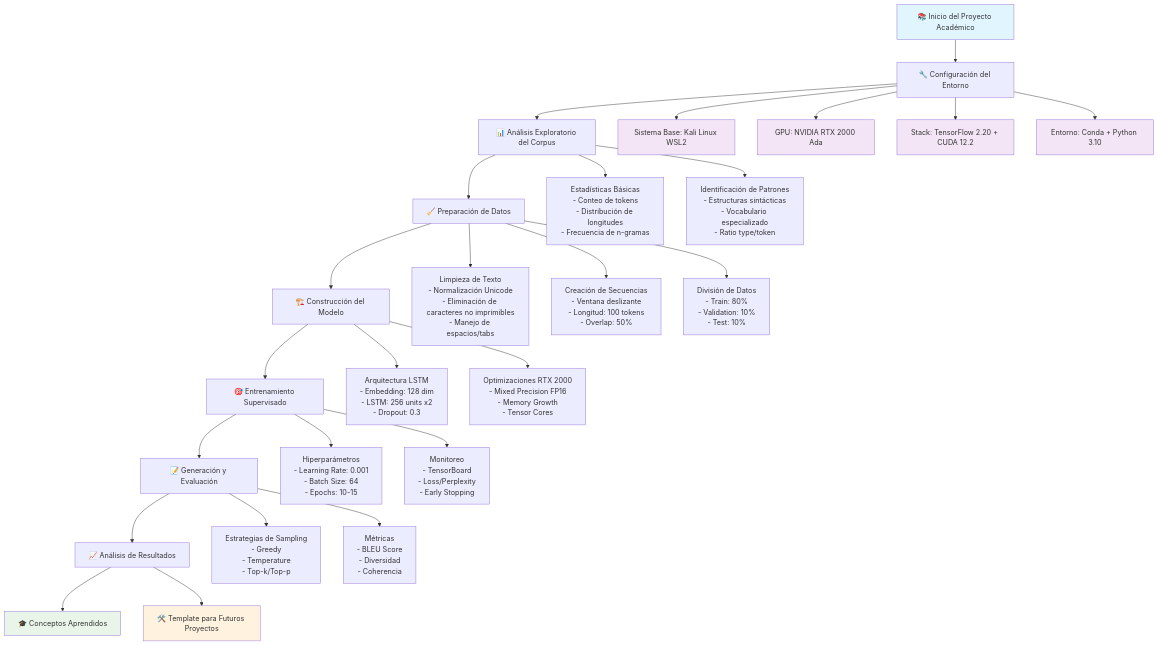
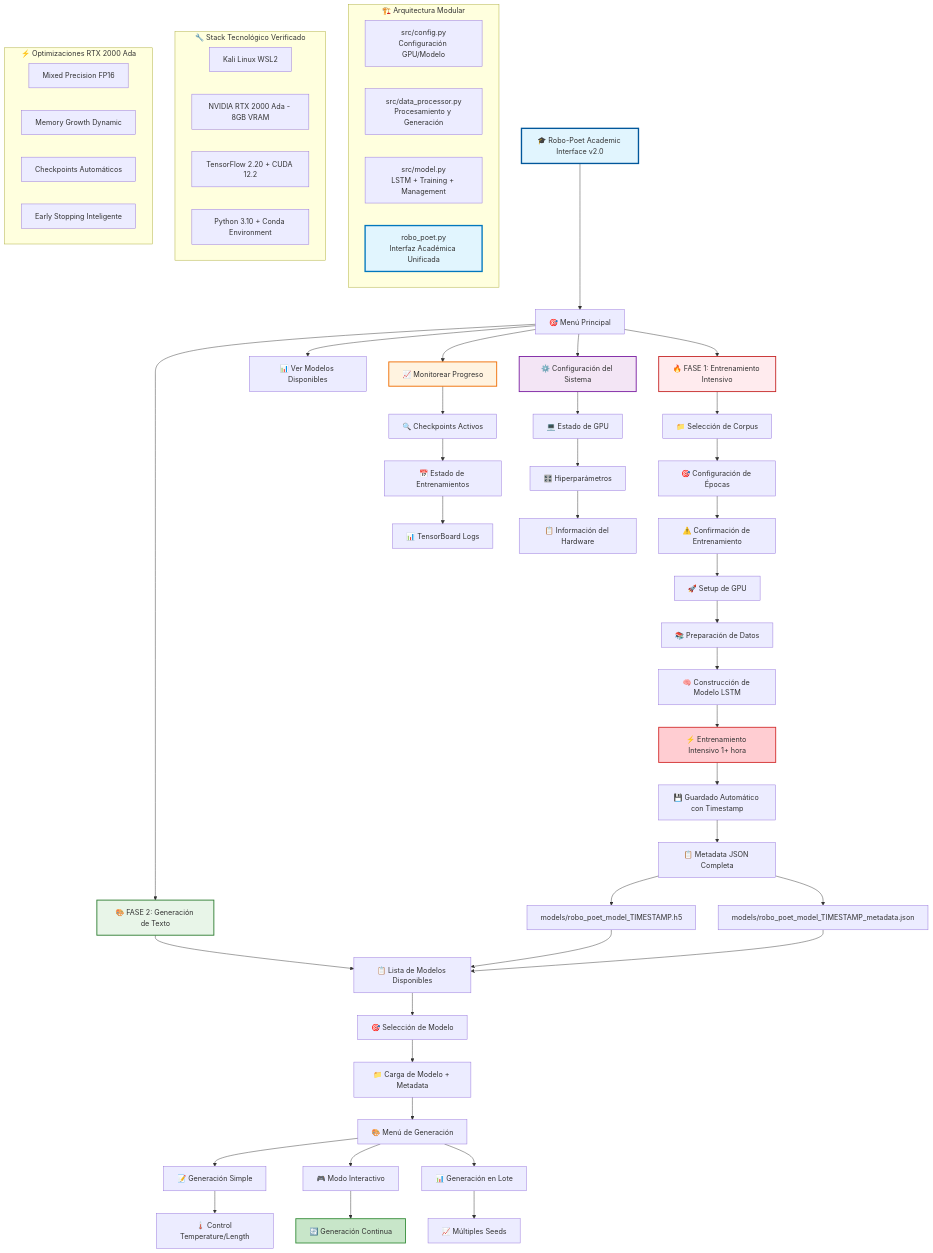
Before and after one commit to BernardUriza/Robo-Poet: the diagram in readme.md, drawn with Mermaid. The commit also changed other lines of this file and 3 other files, not shown here.

First line of the commit message:
🎓 Robo-Poet v2.0: Interfaz Académica Unificada

````diff
--- a/readme.md
+++ b/readme.md
@@ -22,42 +29,85 @@
 ```mermaid
 flowchart TD
-    A[📚 Inicio del Proyecto Académico] --> B[🔧 Configuración del Entorno]
-    B --> C[📊 Análisis Exploratorio del Corpus]
-    C --> D[🧹 Preparación de Datos]
-    D --> E[🏗️ Construcción del Modelo]
-    E --> F[🎯 Entrenamiento Supervisado]
-    F --> G[📝 Generación y Evaluación]
-    G --> H[📈 Análisis de Resultados]
+    A[🎓 Robo-Poet Academic Interface v2.0] --> B[🎯 Menú Principal]
     
-    B --> B1[Sistema Base: Kali Linux WSL2]
-    B --> B2[GPU: NVIDIA RTX 2000 Ada]
-    B --> B3[Stack: TensorFlow 2.20 + CUDA 12.2]
-    B --> B4[Entorno: Conda + Python 3.10]
+    B --> C[🔥 FASE 1: Entrenamiento Intensivo]
+    B --> D[🎨 FASE 2: Generación de Texto]
+    B --> E[📊 Ver Modelos Disponibles]
+    B --> F[📈 Monitorear Progreso]
+    B --> G[⚙️ Configuración del Sistema]
     
-    C --> C1[Estadísticas Básicas<br/>- Conteo de tokens<br/>- Distribución de longitudes<br/>- Frecuencia de n-gramas]
-    C --> C2[Identificación de Patrones<br/>- Estructuras sintácticas<br/>- Vocabulario especializado<br/>- Ratio type/token]
+    %% FASE 1 - Entrenamiento Intensivo
+    C --> C1[📁 Selección de Corpus]
+    C1 --> C2[🎯 Configuración de Épocas]
+    C2 --> C3[⚠️ Confirmación de Entrenamiento]
+    C3 --> C4[🚀 Setup de GPU]
+    C4 --> C5[📚 Preparación de Datos]
+    C5 --> C6[🧠 Construcción de Modelo LSTM]
+    C6 --> C7[⚡ Entrenamiento Intensivo 1+ hora]
+    C7 --> C8[💾 Guardado Automático con Timestamp]
+    C8 --> C9[📋 Metadata JSON Completa]
     
-    D --> D1[Limpieza de Texto<br/>- Normalización Unicode<br/>- Eliminación de caracteres no imprimibles<br/>- Manejo de espacios/tabs]
-    D --> D2[Creación de Secuencias<br/>- Ventana deslizante<br/>- Longitud: 100 tokens<br/>- Overlap: 50%]
-    D --> D3[División de Datos<br/>- Train: 80%<br/>- Validation: 10%<br/>- Test: 10%]
+    %% FASE 2 - Generación de Texto
+    D --> D1[📋 Lista de Modelos Disponibles]
+    D1 --> D2[🎯 Selección de Modelo]
+    D2 --> D3[📁 Carga de Modelo + Metadata]
+    D3 --> D4[🎨 Menú de Generación]
     
-    E --> E1[Arquitectura LSTM<br/>- Embedding: 128 dim<br/>- LSTM: 256 units x2<br/>- Dropout: 0.3]
-    E --> E2[Optimizaciones RTX 2000<br/>- Mixed Precision FP16<br/>- Memory Growth<br/>- Tensor Cores]
+    D4 --> D4A[📝 Generación Simple]
+    D4 --> D4B[🎮 Modo Interactivo]
+    D4 --> D4C[📊 Generación en Lote]
     
-    F --> F1[Hiperparámetros<br/>- Learning Rate: 0.001<br/>- Batch Size: 64<br/>- Epochs: 10-15]
-    F --> F2[Monitoreo<br/>- TensorBoard<br/>- Loss/Perplexity<br/>- Early Stopping]
+    D4A --> D5[🌡️ Control Temperature/Length]
+    D4B --> D6[🔄 Generación Continua]
+    D4C --> D7[📈 Múltiples Seeds]
     
-    G --> G1[Estrategias de Sampling<br/>- Greedy<br/>- Temperature<br/>- Top-k/Top-p]
-    G --> G2[Métricas<br/>- BLEU Score<br/>- Diversidad<br/>- Coherencia]
+    %% Sistema de Monitoreo
+    F --> F1[🔍 Checkpoints Activos]
+    F1 --> F2[📅 Estado de Entrenamientos]
+    F2 --> F3[📊 TensorBoard Logs]
     
-    H --> H1[🎓 Conceptos Aprendidos]
-    H --> H2[🛠️ Template para Futuros Proyectos]
+    %% Configuración del Sistema
+    G --> G1[💻 Estado de GPU]
+    G1 --> G2[🎛️ Hiperparámetros]
+    G2 --> G3[📋 Información del Hardware]
     
-    style A fill:#e1f5fe
-    style H1 fill:#e8f5e8
-    style H2 fill:#fff3e0
-    style B1 fill:#f3e5f5
-    style B2 fill:#f3e5f5
-    style B3 fill:#f3e5f5
-    style B4 fill:#f3e5f5
+    %% Arquitectura del Sistema
+    subgraph "🏗️ Arquitectura Modular"
+        H[src/config.py<br/>Configuración GPU/Modelo]
+        I[src/data_processor.py<br/>Procesamiento y Generación]
+        J[src/model.py<br/>LSTM + Training + Management]
+        K[robo_poet.py<br/>Interfaz Académica Unificada]
+    end
+    
+    %% Flujo de Datos
+    C9 --> L[models/robo_poet_model_TIMESTAMP.h5]
+    C9 --> M[models/robo_poet_model_TIMESTAMP_metadata.json]
+    L --> D1
+    M --> D1
+    
+    %% Características Técnicas
+    subgraph "🔧 Stack Tecnológico Verificado"
+        N[Kali Linux WSL2]
+        O[NVIDIA RTX 2000 Ada - 8GB VRAM]
+        P[TensorFlow 2.20 + CUDA 12.2]
+        Q[Python 3.10 + Conda Environment]
+    end
+    
+    %% Optimizaciones
+    subgraph "⚡ Optimizaciones RTX 2000 Ada"
+        R[Mixed Precision FP16]
+        S[Memory Growth Dynamic]
+        T[Checkpoints Automáticos]
+        U[Early Stopping Inteligente]
+    end
+    
+    style A fill:#e1f5fe,stroke:#01579b,stroke-width:3px
+    style C fill:#ffebee,stroke:#c62828,stroke-width:2px
+    style D fill:#e8f5e8,stroke:#2e7d32,stroke-width:2px
+    style F fill:#fff3e0,stroke:#ef6c00,stroke-width:2px
+    style G fill:#f3e5f5,stroke:#7b1fa2,stroke-width:2px
+    
+    style C7 fill:#ffcdd2,stroke:#d32f2f,stroke-width:2px
+    style D6 fill:#c8e6c9,stroke:#388e3c,stroke-width:2px
+    style K fill:#e1f5fe,stroke:#0277bd,stroke-width:3px
 ```
````
